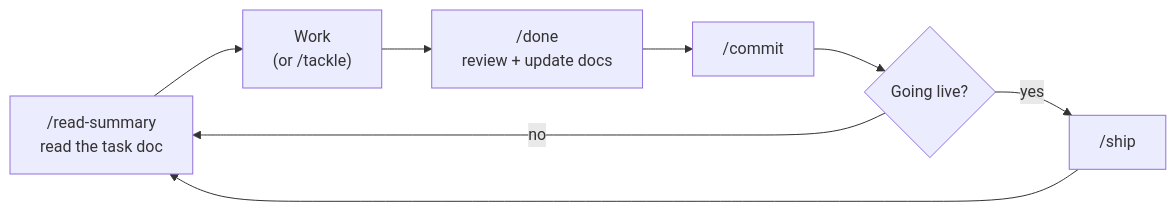
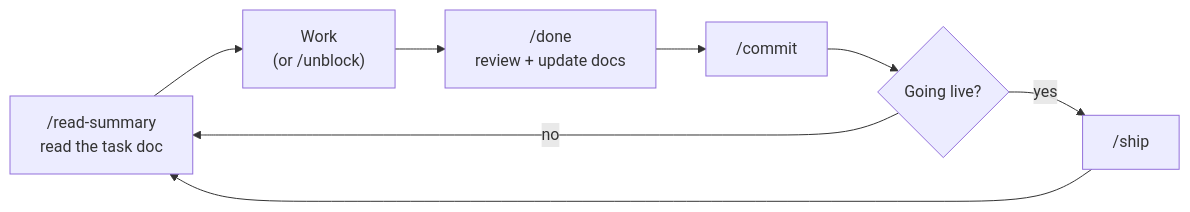
Before and after one commit to syafiq555/syafiqkit: the diagram in docs/GETTING-STARTED.md, drawn with Mermaid. The commit also changed other lines of this file and 20 other files, not shown here.

First line of the commit message:
feat(unblock): what can I do now, checked against live state; drop tackle and plan-worklist (1.474.0)

````diff
--- a/docs/GETTING-STARTED.md
+++ b/docs/GETTING-STARTED.md
@@ -99,10 +99,10 @@
 ```mermaid
 flowchart LR
-  A["/read-summary<br/>read the task doc"] --> B["Work<br/>(or /tackle)"]
+  A["/read-summary<br/>read the task doc"] --> B["Work<br/>(or /unblock)"]
   B --> C["/done<br/>review + update docs"]
   C --> D["/commit"]
   D --> E{"Going live?"}
   E -- yes --> F["/ship"]
   E -- no --> A
   F --> A
 ```
````
